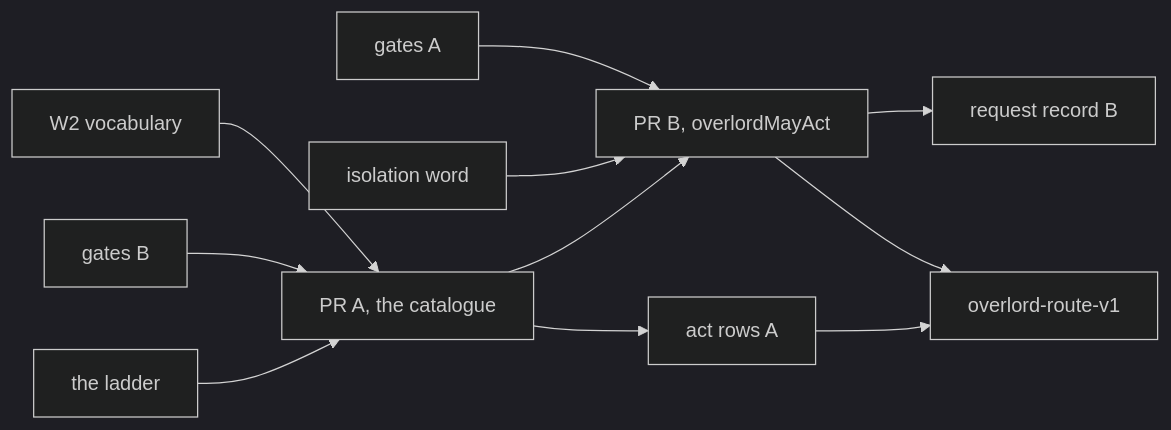
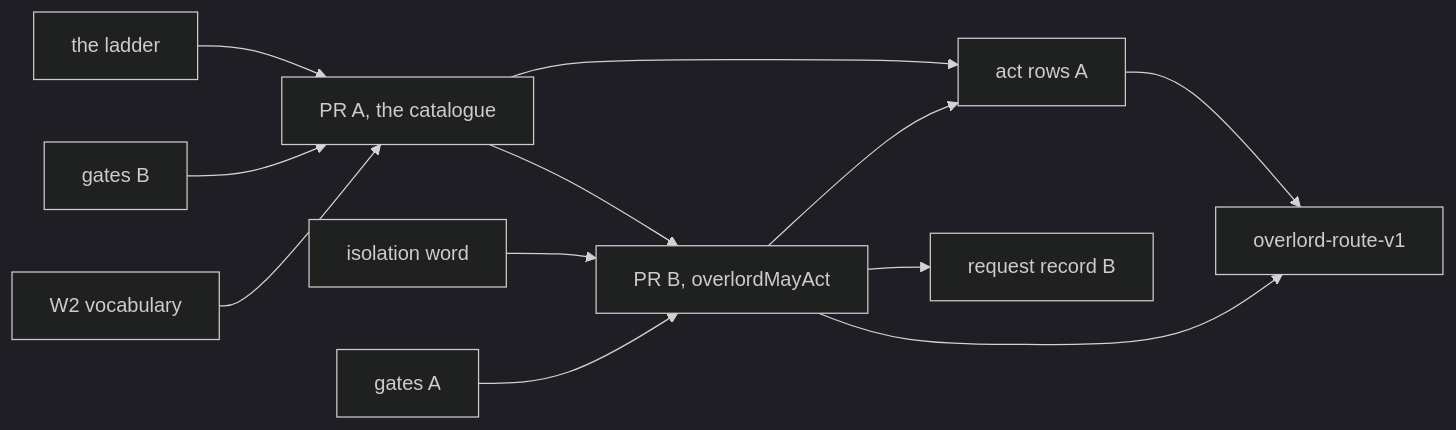
Before and after one commit to Synapsium-Labs/ccrc-pwa: the third of 3 diagrams in docs/superpowers/plans/2026-11-16-overlord-w2/w2-act-catalogue.md, drawn with Mermaid (dark theme). The commit also changed other lines of this file, not shown here.

````diff
--- a/docs/superpowers/plans/2026-11-16-overlord-w2/w2-act-catalogue.md
+++ b/docs/superpowers/plans/2026-11-16-overlord-w2/w2-act-catalogue.md
@@ -519,13 +622,14 @@
 ```mermaid
 flowchart LR
   LD["the ladder"] --> A["PR A, the catalogue"]
   GB["gates B"] --> A
   VOC["W2 vocabulary"] --> A
   A --> B["PR B, overlordMayAct"]
   ISO["isolation word"] --> B
   GA["gates A"] --> B
   A --> ARA["act rows A"]
+  B --> ARA
   B --> RQB["request record B"]
   ARA --> RV1["overlord-route-v1"]
   B --> RV1
 ```
````
